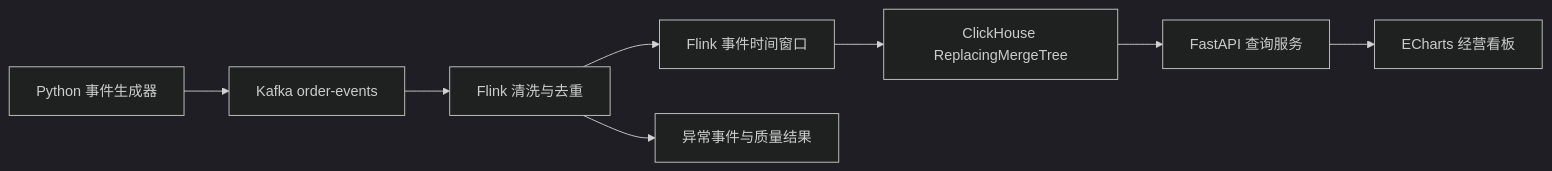
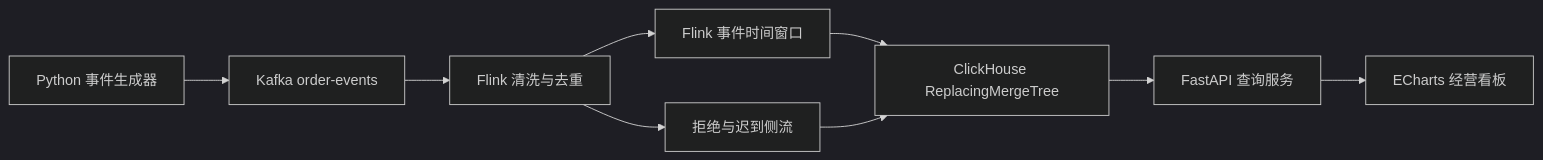
One commit to ZliY221/Real-time-data-warehouse-and-business-analysis-platform-for-e-commerce changed the diagram in README.md. Above: the diagram before and after it, drawn with Mermaid (dark theme). The commit also changed other lines of this file and 29 other files, not shown here.

````diff
--- a/README.md
+++ b/README.md
@@ -42,10 +43,11 @@
 ```mermaid
 flowchart LR
     A[Python 事件生成器] --> B[Kafka order-events]
     B --> C[Flink 清洗与去重]
     C --> D[Flink 事件时间窗口]
     D --> E[ClickHouse ReplacingMergeTree]
     E --> F[FastAPI 查询服务]
     F --> G[ECharts 经营看板]
-    C --> H[异常事件与质量结果]
+    C --> H[拒绝与迟到侧流]
+    H --> E
 ```
````
